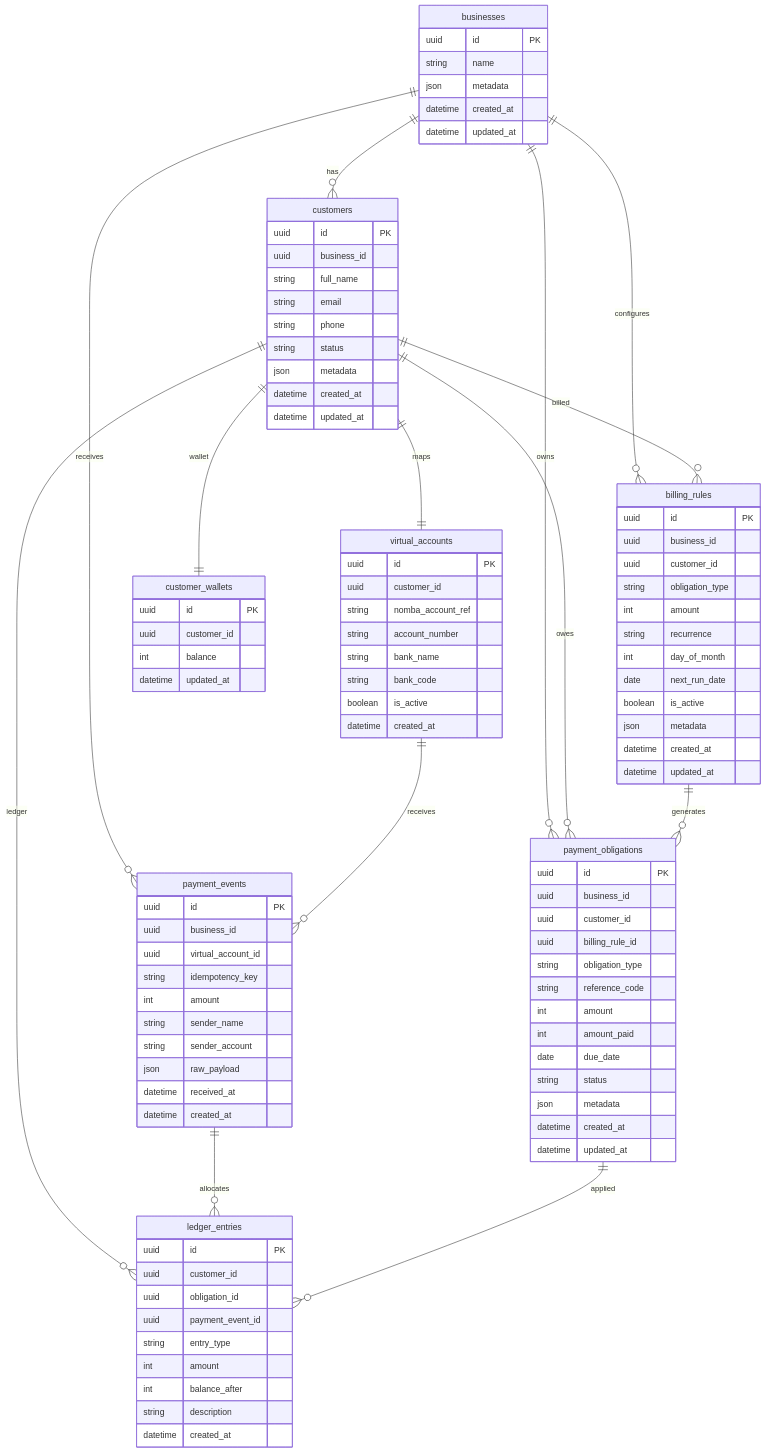
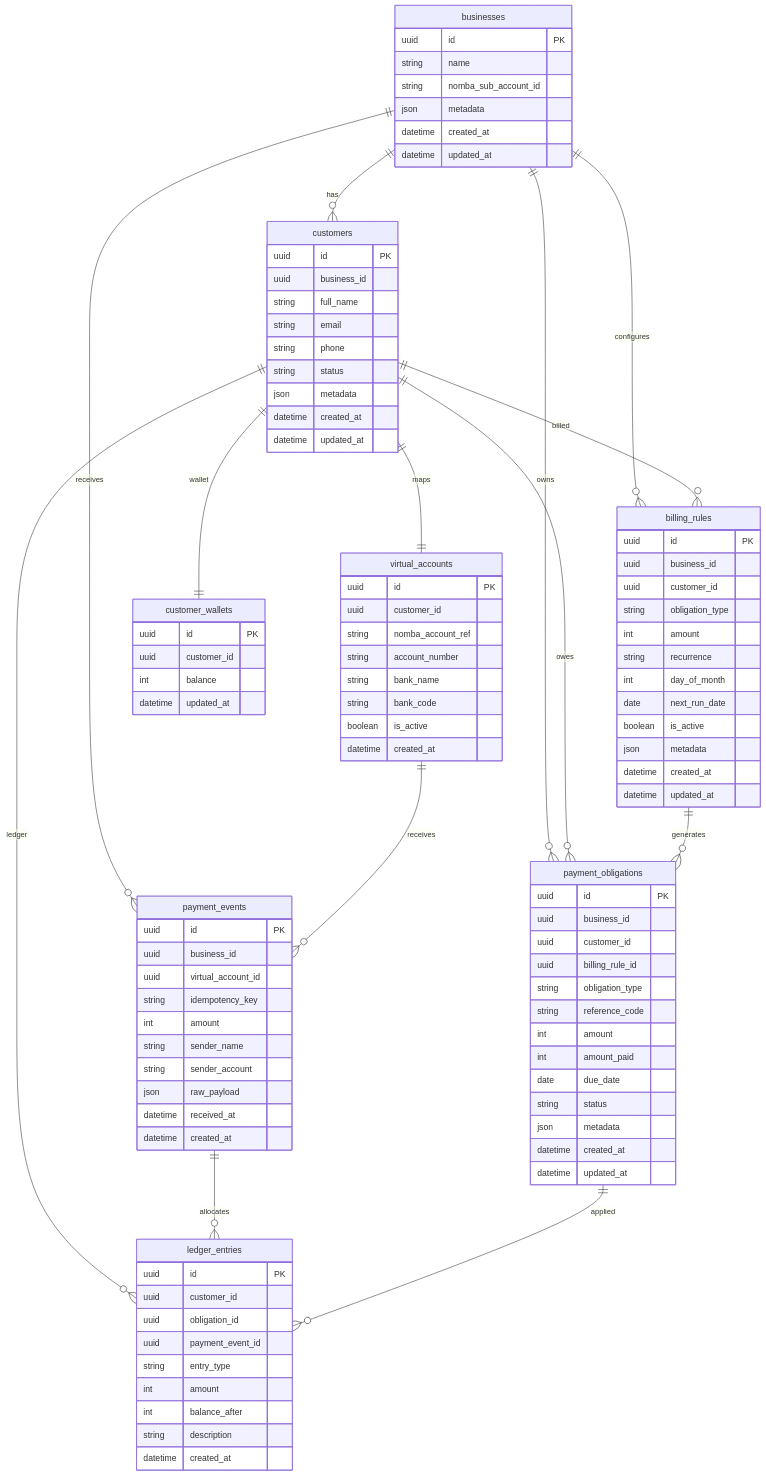
The first of 2 diagrams in docs/SCHEMA.md (Ledger-OS-Infra/ledger-core), drawn with Mermaid before and after one commit. The commit also changed other lines of this file and 4 other files, not shown here.

```diff
--- a/docs/SCHEMA.md
+++ b/docs/SCHEMA.md
@@ -36,6 +36,7 @@
     businesses {
         uuid id PK
         string name
+        string nomba_sub_account_id
         json metadata
         datetime created_at
         datetime updated_at
```
